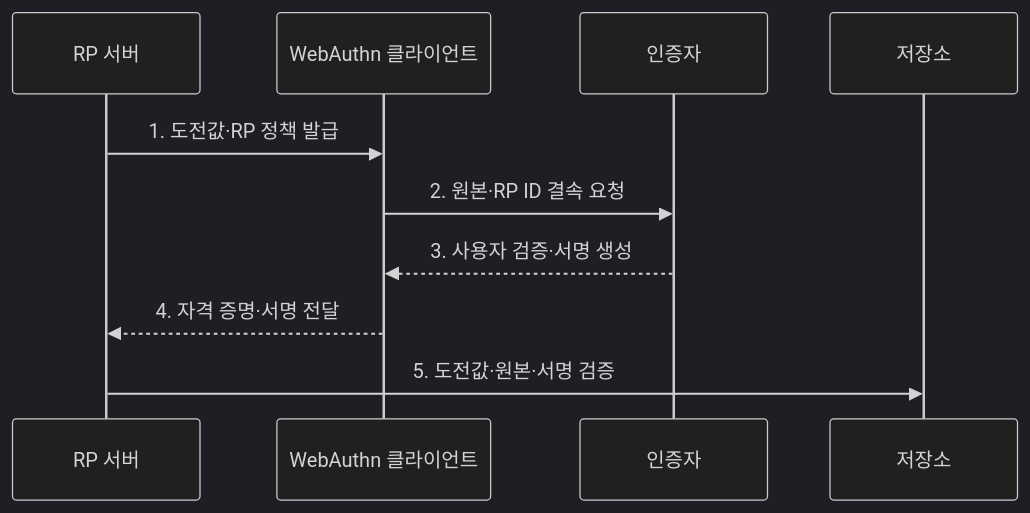
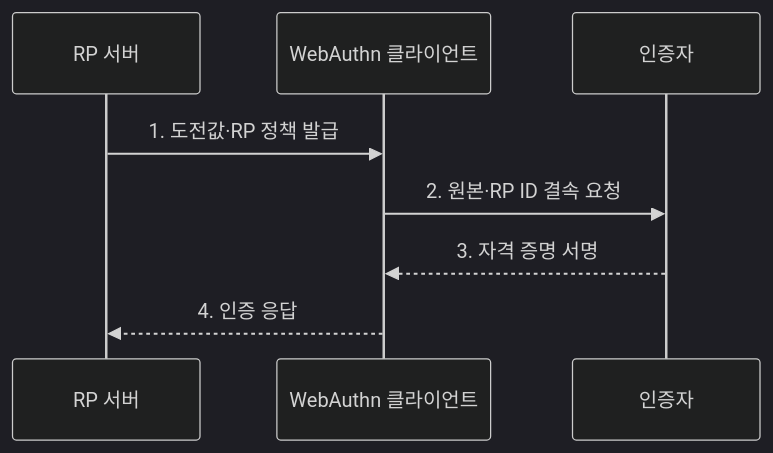
One commit to agnusdei1207/knowledge-base changed the second of 2 diagrams in src/content/docs/notes/05-security/055_fido2_webauthn.md. Above: the diagram before and after it, drawn with Mermaid (dark theme). The commit also changed other lines of this file and 20 other files, not shown here.

````diff
--- a/src/content/docs/notes/05-security/055_fido2_webauthn.md
+++ b/src/content/docs/notes/05-security/055_fido2_webauthn.md
@@ -89,12 +90,10 @@
 ```mermaid
 sequenceDiagram
     participant R as RP 서버
     participant B as WebAuthn 클라이언트
     participant A as 인증자
-    participant 저장소
     R->>B: 1. 도전값·RP 정책 발급
     B->>A: 2. 원본·RP ID 결속 요청
-    A-->>B: 3. 사용자 검증·서명 생성
-    B-->>R: 4. 자격 증명·서명 전달
-    R->>저장소: 5. 도전값·원본·서명 검증
+    A-->>B: 3. 자격 증명 서명
+    B-->>R: 4. 인증 응답
 ```
````
